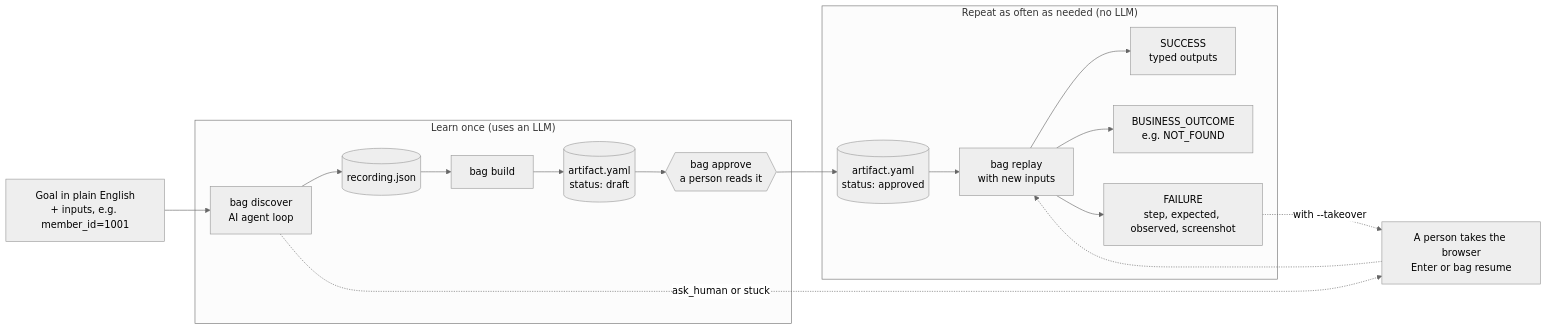
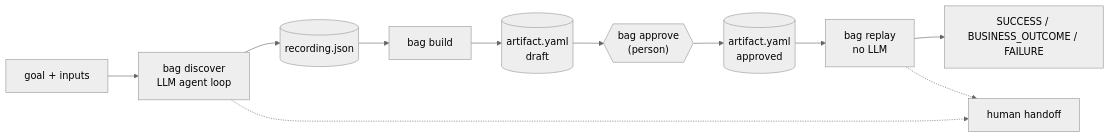
One commit to atharvakulkarni22/bankautomategpt changed the first of 3 diagrams in REPORT.md. Above: the diagram before and after it, drawn with Mermaid (neutral theme). The commit also changed other lines of this file and 58 other files, not shown here.

````diff
--- a/REPORT.md
+++ b/REPORT.md
@@ -14,20 +7,10 @@
 ```mermaid
 flowchart LR
-    goal["Goal in plain English<br/>+ inputs, e.g. member_id=1001"] --> discover
-    subgraph learn["Learn once (uses an LLM)"]
-        discover["bag discover<br/>AI agent loop"] --> rec[("recording.json")]
-        rec --> build["bag build"]
-        build --> draft[("artifact.yaml<br/>status: draft")]
-        draft --> approve{{"bag approve<br/>a person reads it"}}
-    end
-    approve --> approved[("artifact.yaml<br/>status: approved")]
-    subgraph repeat["Repeat as often as needed (no LLM)"]
-        approved --> replay["bag replay<br/>with new inputs"]
-        replay --> ok["SUCCESS<br/>typed outputs"]
-        replay --> outcome["BUSINESS_OUTCOME<br/>e.g. NOT_FOUND"]
-        replay --> fail["FAILURE<br/>step, expected, observed, screenshot"]
-    end
-    fail -.->|"with --takeover"| human["A person takes the browser<br/>Enter or bag resume"]
-    discover -.->|"ask_human or stuck"| human
-    human -.-> replay
+    goal["goal + inputs"] --> D["bag discover<br/>LLM agent loop"]
+    D --> R[("recording.json")]
+    R --> B["bag build"] --> A[("artifact.yaml<br/>draft")]
+    A --> P{{"bag approve<br/>(person)"}} --> AA[("artifact.yaml<br/>approved")]
+    AA --> X["bag replay<br/>no LLM"] --> O["SUCCESS / BUSINESS_OUTCOME / FAILURE"]
+    D -.-> H["human handoff"]
+    X -.-> H
 ```
````
